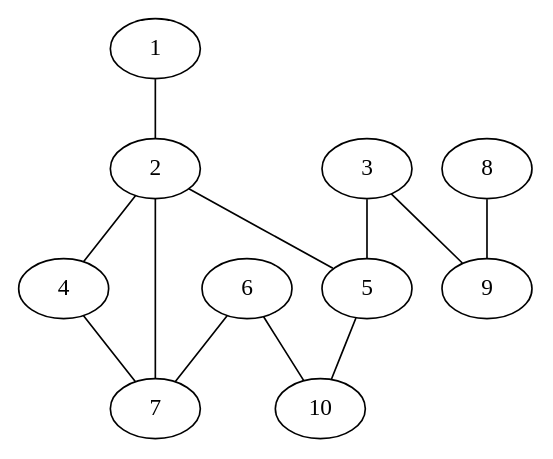
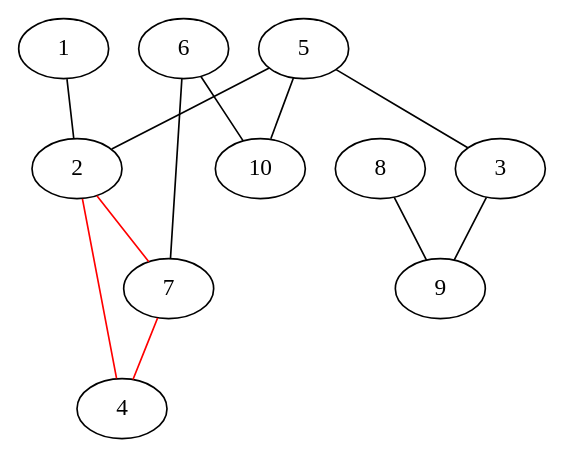
The diagram in Visualization/output_graph.dot (MichaelKolesnikov/Graphs), drawn with Graphviz before and after one commit. The commit also changed 4 other files, not shown here.

```diff
--- a/Visualization/output_graph.dot
+++ b/Visualization/output_graph.dot
@@ -1,35 +1,35 @@
 graph G {
 1;
 2;
 3;
 4;
 5;
 6;
 7;
 8;
 9;
 10;
 1 -- 2 [color=black]
 ;
-2 -- 4 [color=black]
+2 -- 4 [color=red]
 ;
-2 -- 5 [color=black]
+5 -- 2 [color=black]
 ;
-2 -- 7 [color=black]
+2 -- 7 [color=red]
 ;
-3 -- 5 [color=black]
+5 -- 3 [color=black]
 ;
 3 -- 9 [color=black]
 ;
-4 -- 7 [color=black]
+7 -- 4 [color=red]
 ;
 5 -- 10 [color=black]
 ;
 6 -- 7 [color=black]
 ;
 6 -- 10 [color=black]
 ;
 8 -- 9 [color=black]
 ;
 
 }
```
